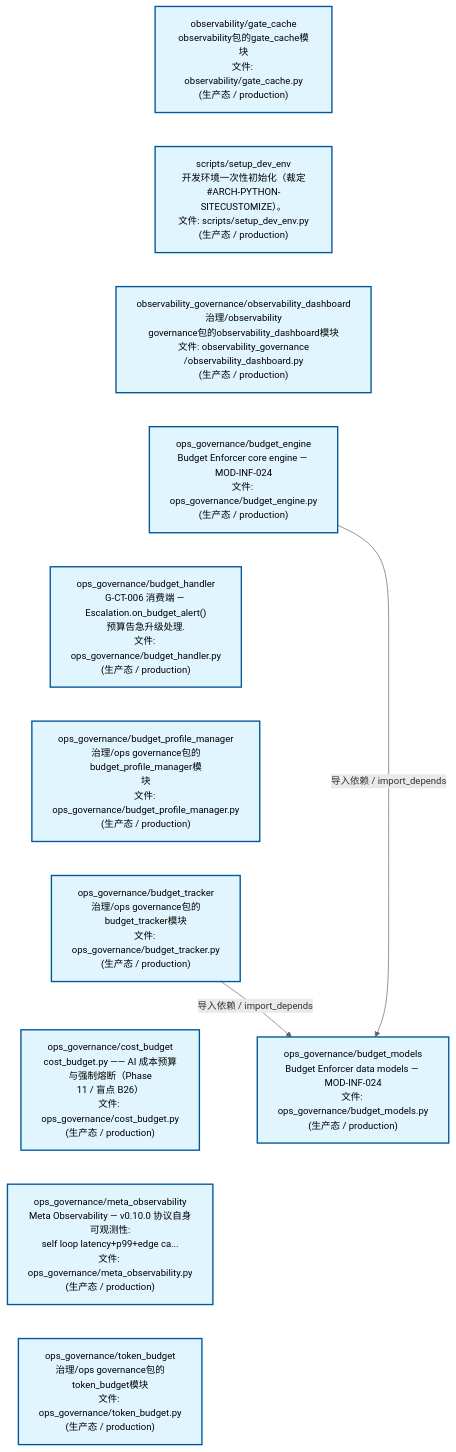
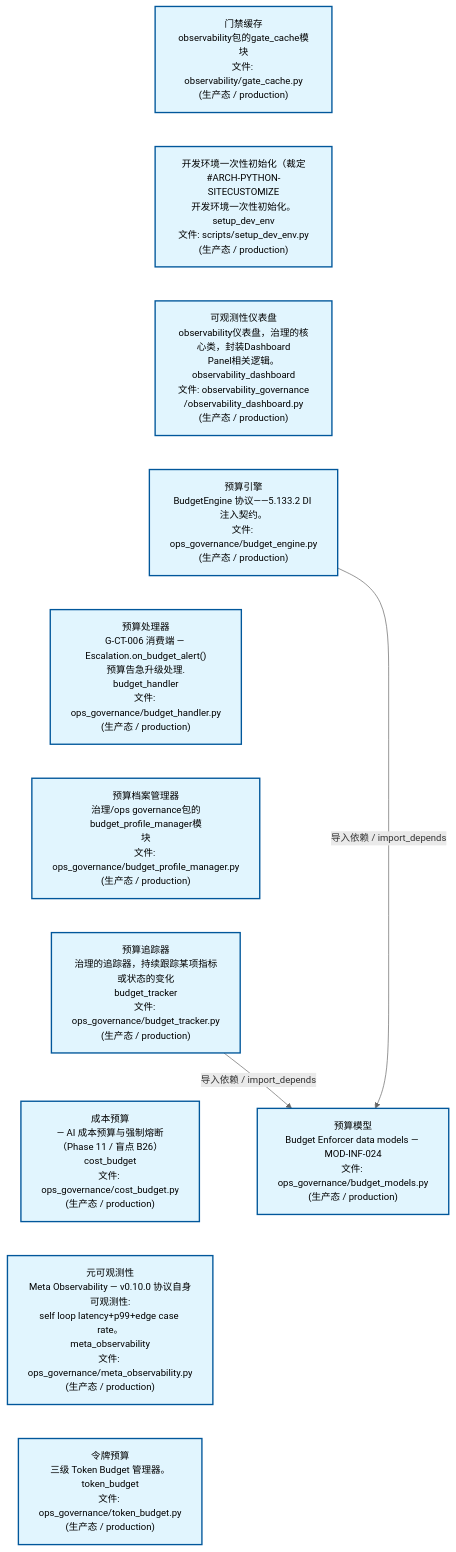
The second of 3 diagrams in docs/02_enterprise_architecture/02_domain_architecture_docs/24_d_ops.md (xuanFelixVan/ZephyrAlpha), drawn with Mermaid before and after one commit. The commit also changed other lines of this file and 54 other files, not shown here.

````diff
--- a/docs/02_enterprise_architecture/02_domain_architecture_docs/24_d_ops.md
+++ b/docs/02_enterprise_architecture/02_domain_architecture_docs/24_d_ops.md
@@ -125,31 +125,31 @@
 ```mermaid
 %%{init: {'theme': 'base', 'themeVariables': {'primaryColor': '#eaeaea', 'primaryTextColor': '#333333', 'primaryBorderColor': '#666666', 'lineColor': '#666666', 'secondaryColor': '#eaeaea', 'tertiaryColor': '#eaeaea', 'fontSize': '14px'}}}%%
 flowchart TD
-    scripts_governance_observability_gate_cache_py["observability/gate_cache<br/>observability包的gate_cache模块<br/>文件: observability/gate_cache.py<br/>(生产态 / production)"]
-    scripts_setup_dev_env_py["scripts/setup_dev_env<br/>开发环境一次性初始化（裁定<br/>#ARCH-PYTHON-SITECUSTOMIZE）。<br/>文件: scripts/setup_dev_env.py<br/>(生产态 / production)"]
-    src_zephyr_governance_observability_governance_observability_dashboard_py["observability_governance/observability_dashboard<br/>治理/observability<br/>governance包的observability_dashboard模块<br/>文件: observability_governance<br/>/observability_dashboard.py<br/>(生产态 / production)"]
-    src_zephyr_governance_ops_governance_budget_engine_py["ops_governance/budget_engine<br/>Budget Enforcer core engine — MOD-INF-024<br/>文件: ops_governance/budget_engine.py<br/>(生产态 / production)"]
-    src_zephyr_governance_ops_governance_budget_handler_py["ops_governance/budget_handler<br/>G-CT-006 消费端 — Escalation.on_budget_alert()<br/>预算告急升级处理.<br/>文件: ops_governance/budget_handler.py<br/>(生产态 / production)"]
-    src_zephyr_governance_ops_governance_budget_profile_manager_py["ops_governance/budget_profile_manager<br/>治理/ops governance包的budget_profile_manager模<br/>块<br/>文件: ops_governance/budget_profile_manager.py<br/>(生产态 / production)"]
-    src_zephyr_governance_ops_governance_budget_tracker_py["ops_governance/budget_tracker<br/>治理/ops governance包的budget_tracker模块<br/>文件: ops_governance/budget_tracker.py<br/>(生产态 / production)"]
-    src_zephyr_governance_ops_governance_cost_budget_py["ops_governance/cost_budget<br/>cost_budget.py —— AI 成本预算与强制熔断（Phase<br/>11 / 盲点 B26）<br/>文件: ops_governance/cost_budget.py<br/>(生产态 / production)"]
-    src_zephyr_governance_ops_governance_meta_observability_py["ops_governance/meta_observability<br/>Meta Observability — v0.10.0 协议自身可观测性:<br/>self loop latency+p99+edge ca...<br/>文件: ops_governance/meta_observability.py<br/>(生产态 / production)"]
-    src_zephyr_governance_ops_governance_token_budget_py["ops_governance/token_budget<br/>治理/ops governance包的token_budget模块<br/>文件: ops_governance/token_budget.py<br/>(生产态 / production)"]
+    scripts_governance_observability_gate_cache_py["门禁缓存<br/>observability包的gate_cache模块<br/>文件: observability/gate_cache.py<br/>(生产态 / production)"]
+    scripts_setup_dev_env_py["开发环境一次性初始化（裁定<br/>#ARCH-PYTHON-SITECUSTOMIZE<br/>开发环境一次性初始化。<br/>setup_dev_env<br/>文件: scripts/setup_dev_env.py<br/>(生产态 / production)"]
+    src_zephyr_governance_observability_governance_observability_dashboard_py["可观测性仪表盘<br/>observability仪表盘，治理的核心类，封装Dashboard<br/>Panel相关逻辑。<br/>observability_dashboard<br/>文件: observability_governance<br/>/observability_dashboard.py<br/>(生产态 / production)"]
+    src_zephyr_governance_ops_governance_budget_engine_py["预算引擎<br/>BudgetEngine 协议——5.133.2 DI 注入契约。<br/>文件: ops_governance/budget_engine.py<br/>(生产态 / production)"]
+    src_zephyr_governance_ops_governance_budget_handler_py["预算处理器<br/>G-CT-006 消费端 — Escalation.on_budget_alert()<br/>预算告急升级处理.<br/>budget_handler<br/>文件: ops_governance/budget_handler.py<br/>(生产态 / production)"]
+    src_zephyr_governance_ops_governance_budget_profile_manager_py["预算档案管理器<br/>治理/ops governance包的budget_profile_manager模<br/>块<br/>文件: ops_governance/budget_profile_manager.py<br/>(生产态 / production)"]
+    src_zephyr_governance_ops_governance_budget_tracker_py["预算追踪器<br/>治理的追踪器，持续跟踪某项指标或状态的变化<br/>budget_tracker<br/>文件: ops_governance/budget_tracker.py<br/>(生产态 / production)"]
+    src_zephyr_governance_ops_governance_cost_budget_py["成本预算<br/>— AI 成本预算与强制熔断（Phase 11 / 盲点 B26）<br/>cost_budget<br/>文件: ops_governance/cost_budget.py<br/>(生产态 / production)"]
+    src_zephyr_governance_ops_governance_meta_observability_py["元可观测性<br/>Meta Observability — v0.10.0 协议自身可观测性:<br/>self loop latency+p99+edge case rate。<br/>meta_observability<br/>文件: ops_governance/meta_observability.py<br/>(生产态 / production)"]
+    src_zephyr_governance_ops_governance_token_budget_py["令牌预算<br/>三级 Token Budget 管理器。<br/>token_budget<br/>文件: ops_governance/token_budget.py<br/>(生产态 / production)"]
     scripts_governance_observability_gate_cache_py ~~~ scripts_setup_dev_env_py
     scripts_setup_dev_env_py ~~~ src_zephyr_governance_observability_governance_observability_dashboard_py
     src_zephyr_governance_observability_governance_observability_dashboard_py ~~~ src_zephyr_governance_ops_governance_budget_engine_py
     src_zephyr_governance_ops_governance_budget_engine_py ~~~ src_zephyr_governance_ops_governance_budget_handler_py
     src_zephyr_governance_ops_governance_budget_handler_py ~~~ src_zephyr_governance_ops_governance_budget_profile_manager_py
     src_zephyr_governance_ops_governance_budget_profile_manager_py ~~~ src_zephyr_governance_ops_governance_budget_tracker_py
     src_zephyr_governance_ops_governance_budget_tracker_py ~~~ src_zephyr_governance_ops_governance_cost_budget_py
     src_zephyr_governance_ops_governance_cost_budget_py ~~~ src_zephyr_governance_ops_governance_meta_observability_py
     src_zephyr_governance_ops_governance_meta_observability_py ~~~ src_zephyr_governance_ops_governance_token_budget_py
-    src_zephyr_governance_ops_governance_budget_models_py["ops_governance/budget_models<br/>Budget Enforcer data models — MOD-INF-024<br/>文件: ops_governance/budget_models.py<br/>(生产态 / production)"]
+    src_zephyr_governance_ops_governance_budget_models_py["预算模型<br/>Budget Enforcer data models — MOD-INF-024<br/>文件: ops_governance/budget_models.py<br/>(生产态 / production)"]
     src_zephyr_governance_ops_governance_budget_engine_py -->|导入依赖 / import_depends| src_zephyr_governance_ops_governance_budget_models_py
     src_zephyr_governance_ops_governance_budget_tracker_py -->|导入依赖 / import_depends| src_zephyr_governance_ops_governance_budget_models_py
     classDef production fill:#e1f5fe,stroke:#01579b,stroke-width:2px,color:#000
     classDef design fill:#fff3e0,stroke:#e65100,stroke-width:2px,color:#000,stroke-dasharray: 5 5
     classDef external_prod fill:#e8f4fd,stroke:#0277bd,stroke-width:1px,color:#000
     classDef external_design fill:#fff8e7,stroke:#ef6c00,stroke-width:1px,color:#000,stroke-dasharray: 5 5
     class scripts_governance_observability_gate_cache_py,scripts_setup_dev_env_py,src_zephyr_governance_observability_governance_observability_dashboard_py,src_zephyr_governance_ops_governance_budget_engine_py,src_zephyr_governance_ops_governance_budget_handler_py,src_zephyr_governance_ops_governance_budget_models_py,src_zephyr_governance_ops_governance_budget_profile_manager_py,src_zephyr_governance_ops_governance_budget_tracker_py,src_zephyr_governance_ops_governance_cost_budget_py,src_zephyr_governance_ops_governance_meta_observability_py,src_zephyr_governance_ops_governance_token_budget_py production
 ```
````
